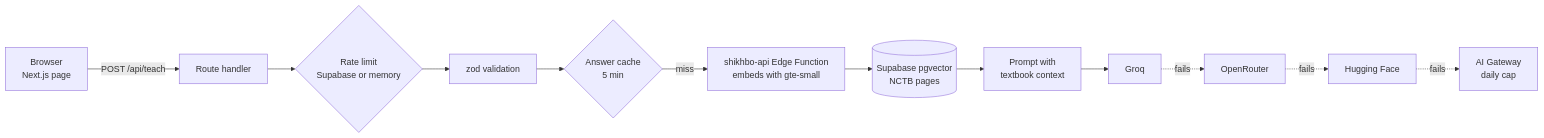
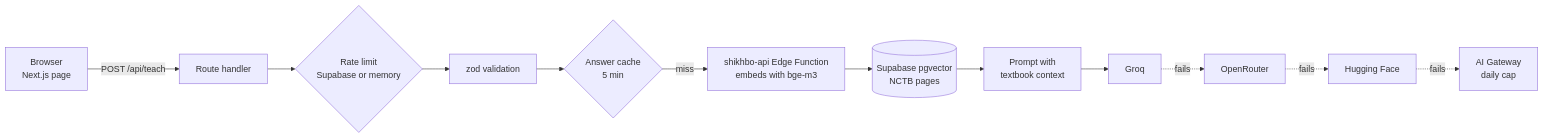
One commit to tahmidbintaslim/Shikhbo-AI changed the diagram in README.md. Above: the diagram before and after it, drawn with Mermaid. The commit also changed other lines of this file and 15 other files, not shown here.

First line of the commit message:
Free AI engine, multilingual bge-m3 search, Peace AI search API (#30)

````diff
--- a/README.md
+++ b/README.md
@@ -41,14 +41,14 @@
 ```mermaid
 flowchart LR
   B[Browser<br/>Next.js page] -->|POST /api/teach| R[Route handler]
   R --> L{Rate limit<br/>Supabase or memory}
   L --> V[zod validation]
   V --> C{Answer cache<br/>5 min}
-  C -->|miss| E[shikhbo-api Edge Function<br/>embeds with gte-small]
+  C -->|miss| E[shikhbo-api Edge Function<br/>embeds with bge-m3]
   E --> Q[(Supabase pgvector<br/>NCTB pages)]
   Q --> P[Prompt with<br/>textbook context]
   P --> G[Groq]
   G -.fails.-> O[OpenRouter]
   O -.fails.-> H[Hugging Face]
   H -.fails.-> W[AI Gateway<br/>daily cap]
 ```
````
